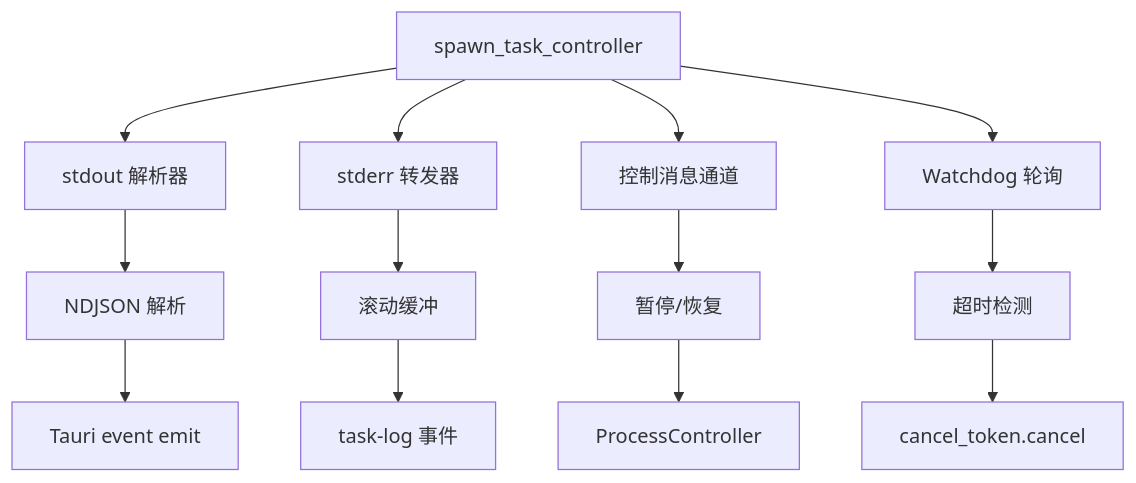
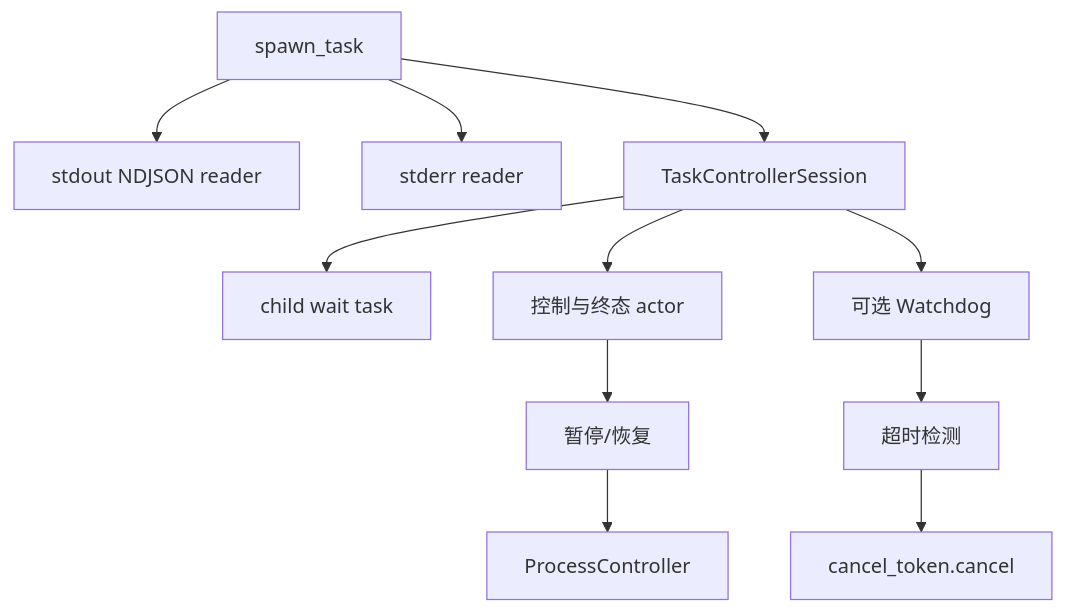
The third of 6 diagrams in docs/07-task-lifecycle.md (youge325/vp), drawn with Mermaid before and after one commit. The commit also changed other lines of this file and 20 other files, not shown here.

````diff
--- a/docs/07-task-lifecycle.md
+++ b/docs/07-task-lifecycle.md
@@ -95,16 +92,13 @@
 ```mermaid
 graph TB
-    A[spawn_task_controller] --> B[stdout 解析器]
-    A --> C[stderr 转发器]
-    A --> D[控制消息通道]
-    A --> E[Watchdog 轮询]
-
-    B --> F[NDJSON 解析]
-    F --> G[Tauri event emit]
-    C --> H[滚动缓冲]
-    H --> I[task-log 事件]
-    D --> J[暂停/恢复]
-    J --> K[ProcessController]
-    E --> L[超时检测]
-    L --> M[cancel_token.cancel]
+    A[spawn_task] --> B[stdout NDJSON reader]
+    A --> C[stderr reader]
+    A --> D[TaskControllerSession]
+    D --> E[child wait task]
+    D --> F[控制与终态 actor]
+    D --> G[可选 Watchdog]
+    F --> H[暂停/恢复]
+    H --> I[ProcessController]
+    G --> J[超时检测]
+    J --> K[cancel_token.cancel]
 ```
````
